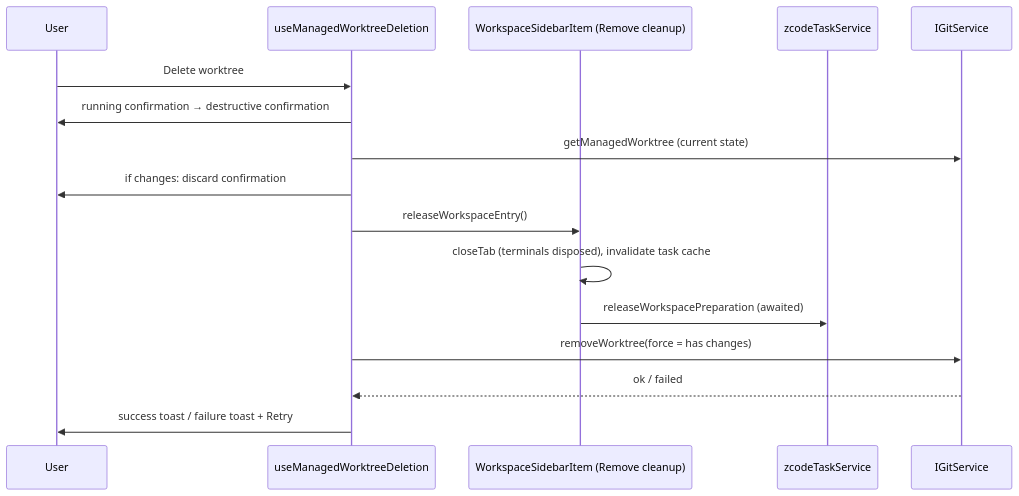
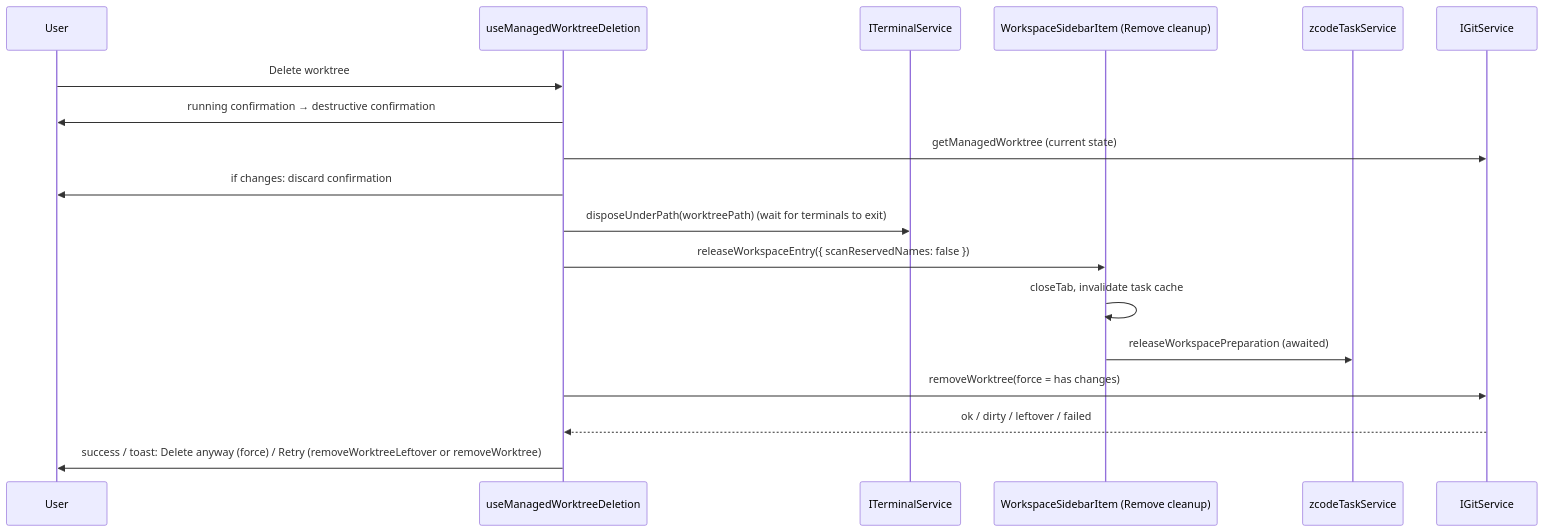
The first of 2 diagrams in docs/specs/git-worktree-task.en.md (jptorres26/ZCode), drawn with Mermaid before and after one commit. The commit also changed other lines of this file and 15 other files, not shown here.

````diff
--- a/docs/specs/git-worktree-task.en.md
+++ b/docs/specs/git-worktree-task.en.md
@@ -91,18 +115,20 @@
 ```mermaid
 sequenceDiagram
   participant U as User
   participant H as useManagedWorktreeDeletion
+  participant T as ITerminalService
   participant S as WorkspaceSidebarItem (Remove cleanup)
   participant R as zcodeTaskService
   participant G as IGitService
   U->>H: Delete worktree
   H->>U: running confirmation → destructive confirmation
   H->>G: getManagedWorktree (current state)
   H->>U: if changes: discard confirmation
-  H->>S: releaseWorkspaceEntry()
-  S->>S: closeTab (terminals disposed), invalidate task cache
+  H->>T: disposeUnderPath(worktreePath) (wait for terminals to exit)
+  H->>S: releaseWorkspaceEntry({ scanReservedNames: false })
+  S->>S: closeTab, invalidate task cache
   S->>R: releaseWorkspacePreparation (awaited)
   H->>G: removeWorktree(force = has changes)
-  G-->>H: ok / failed
-  H->>U: success toast / failure toast + Retry
+  G-->>H: ok / dirty / leftover / failed
+  H->>U: success / toast: Delete anyway (force) / Retry (removeWorktreeLeftover or removeWorktree)
 ```
````
